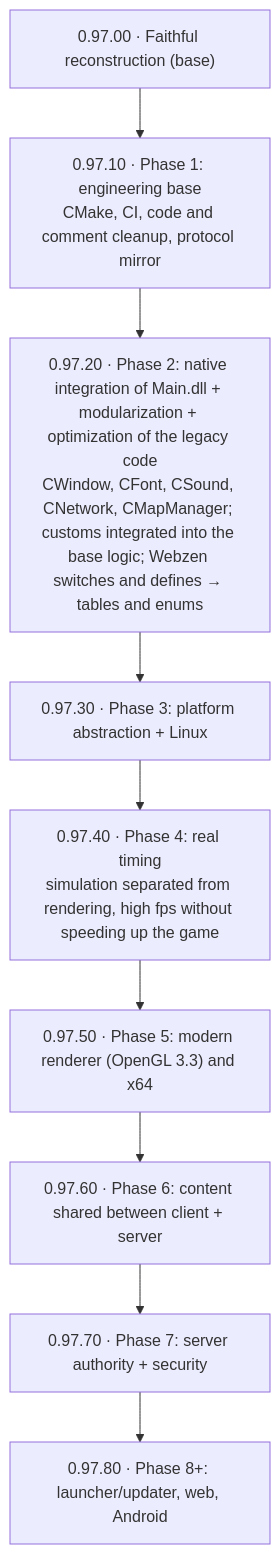
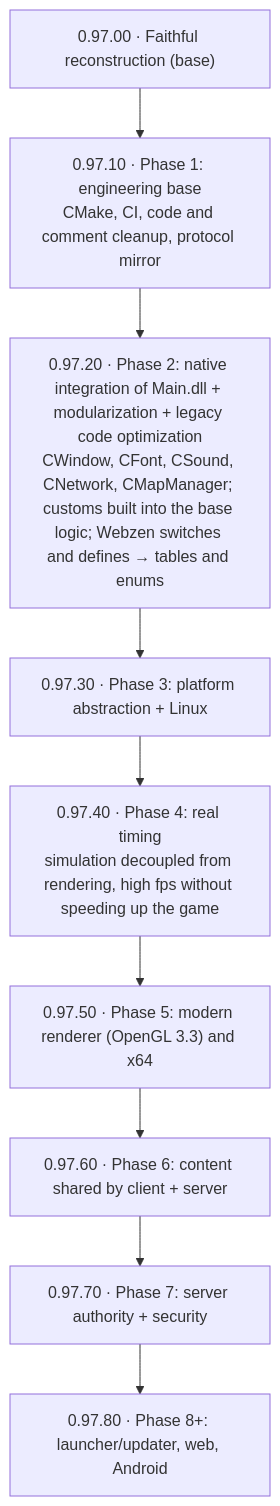
The first of 2 diagrams in README.en.md (EmanuelCatania/Mu-97k-Client-Source), drawn with Mermaid before and after one commit. The commit also changed other lines of this file and 2 other files, not shown here.

````diff
--- a/README.en.md
+++ b/README.en.md
@@ -525,12 +551,12 @@
 ```mermaid
 flowchart TD
     F0["0.97.00 · Faithful reconstruction (base)"] --> F1
     F1["0.97.10 · Phase 1: engineering base<br/>CMake, CI, code and comment cleanup, protocol mirror"] --> F2
-    F2["0.97.20 · Phase 2: native integration of Main.dll + modularization + optimization of the legacy code<br/>CWindow, CFont, CSound, CNetwork, CMapManager; customs integrated into the base logic; Webzen switches and defines → tables and enums"] --> F3
+    F2["0.97.20 · Phase 2: native integration of Main.dll + modularization + legacy code optimization<br/>CWindow, CFont, CSound, CNetwork, CMapManager; customs built into the base logic; Webzen switches and defines → tables and enums"] --> F3
     F3["0.97.30 · Phase 3: platform abstraction + Linux"] --> F4
-    F4["0.97.40 · Phase 4: real timing<br/>simulation separated from rendering, high fps without speeding up the game"] --> F5
+    F4["0.97.40 · Phase 4: real timing<br/>simulation decoupled from rendering, high fps without speeding up the game"] --> F5
     F5["0.97.50 · Phase 5: modern renderer (OpenGL 3.3) and x64"] --> F6
-    F6["0.97.60 · Phase 6: content shared between client + server"] --> F7
+    F6["0.97.60 · Phase 6: content shared by client + server"] --> F7
     F7["0.97.70 · Phase 7: server authority + security"] --> F8
     F8["0.97.80 · Phase 8+: launcher/updater, web, Android"]
 ```
````
